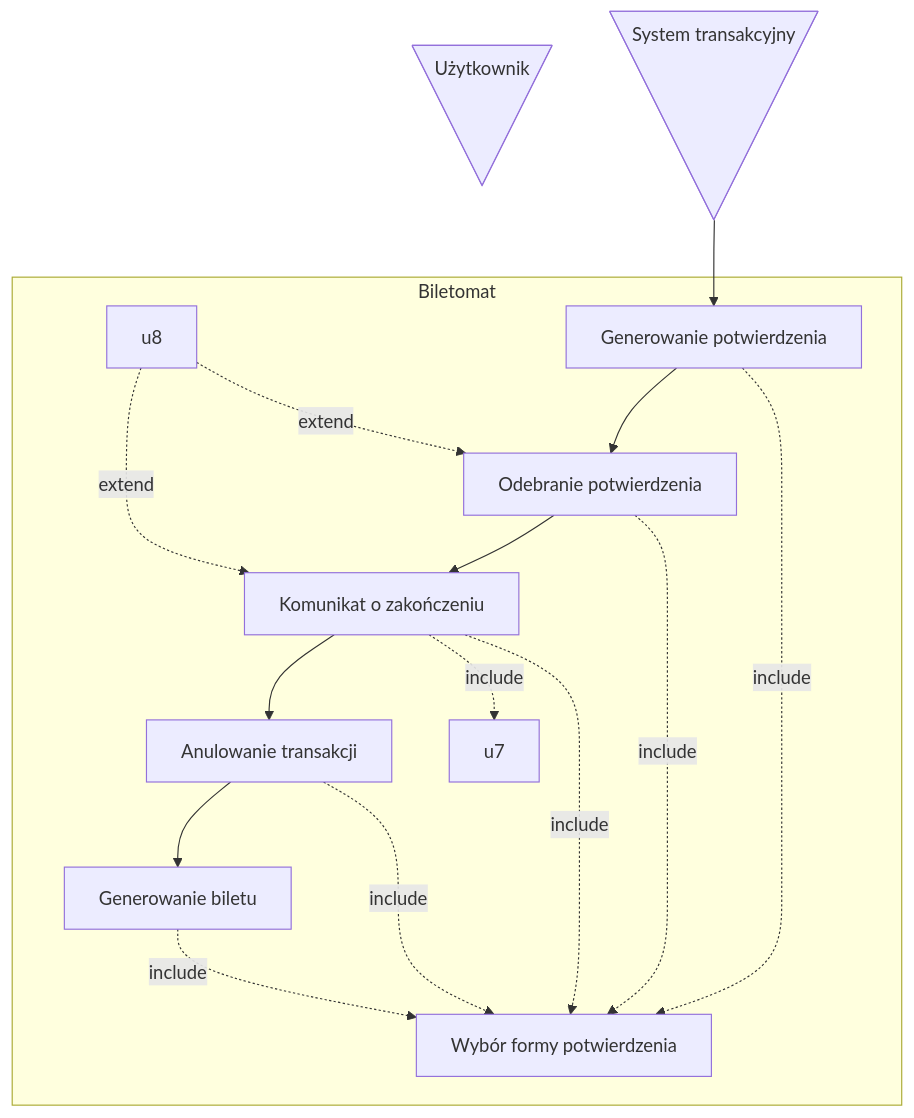
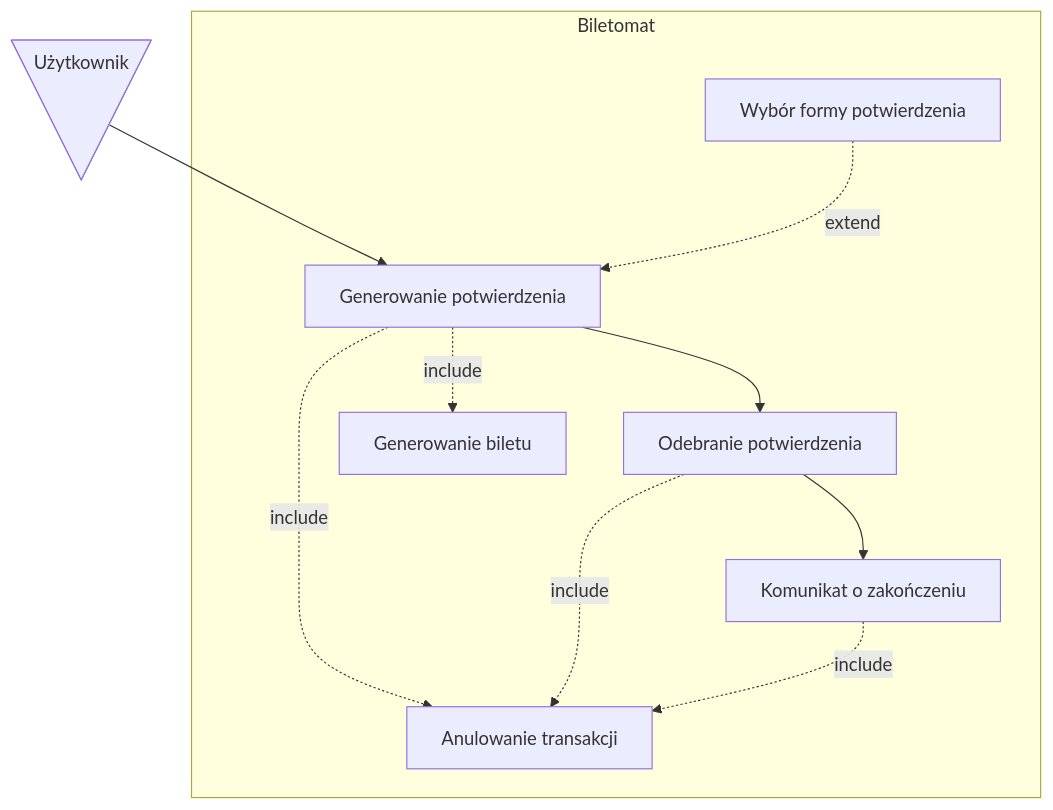
The second of 3 diagrams in userstories/user.md (MarcinMarszewski/dowolna_nazwa), drawn with Mermaid before and after one commit.

````diff
--- a/userstories/user.md
+++ b/userstories/user.md
@@ -102,38 +102,31 @@
 ```mermaid
 graph TD
   D@{ shape: manual-file, label: "Użytkownik" }
-  DD@{ shape: manual-file, label: "System transakcyjny" }
   u1[Generowanie potwierdzenia]
   u2[Odebranie potwierdzenia]
   u3[Komunikat o zakończeniu]
   u4[Anulowanie transakcji]
   u5[Generowanie biletu]
   u6[Wybór formy potwierdzenia]
 
-  DD --> u1
+  D --> u1
   u1 --> u2
   u2 --> u3
-  u3 --> u4
-  u4 --> u5
 
-  u1-. include .-> u6
-  u2-. include .-> u6
-  u3-. include .-> u6
-  u4-. include .-> u6
-  u5-. include .-> u6
-  u3-. include .-> u7
-  u8-. extend .-> u2
-  u8-. extend .-> u3
+  u1-. include .-> u5
+  u1-. include .-> u4
+  u2-. include .-> u4
+  u3-. include .-> u4
+  u6-. extend .-> u1
+
 
 subgraph Biletomat
   u1
   u2
   u3
   u4
   u5
   u6
-  u7
-  u8
 end
 
 ```
````
